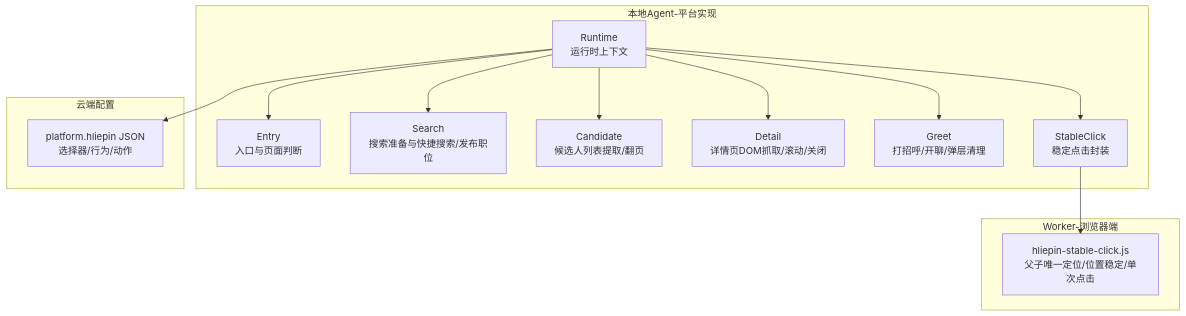
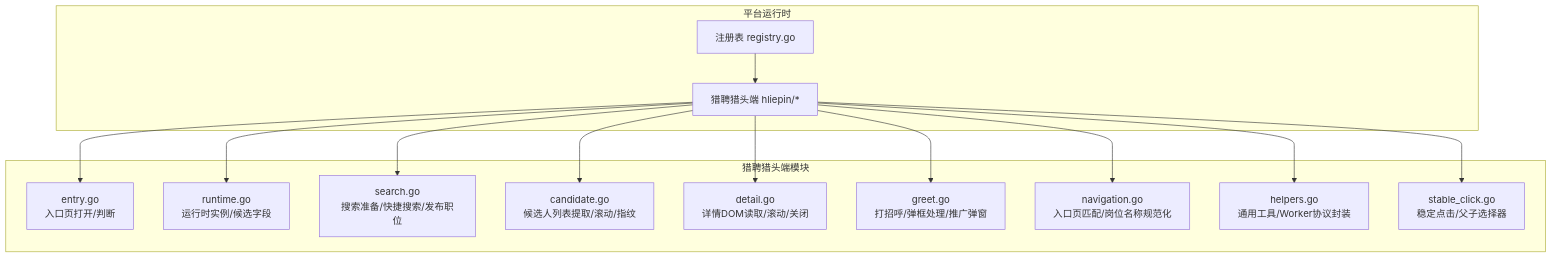
Before and after one commit to alvinwangzi/goodhr: the first of 9 diagrams in .qoder/repowiki/zh/content/本地执行器/平台适配器/猎聘适配器/猎聘适配器.md, drawn with Mermaid. The commit also changed other lines of this file and 149 other files, not shown here.

````diff
--- a/.qoder/repowiki/zh/content/本地执行器/平台适配器/猎聘适配器/猎聘适配器.md
+++ b/.qoder/repowiki/zh/content/本地执行器/平台适配器/猎聘适配器/猎聘适配器.md
@@ -34,26 +35,28 @@
 ```mermaid
 graph TB
-subgraph "本地Agent-平台实现"
-R["Runtime<br/>运行时上下文"]
-E["Entry<br/>入口与页面判断"]
-S["Search<br/>搜索准备与快捷搜索/发布职位"]
-C["Candidate<br/>候选人列表提取/翻页"]
-D["Detail<br/>详情页DOM抓取/滚动/关闭"]
-G["Greet<br/>打招呼/开聊/弹层清理"]
-SC["StableClick<br/>稳定点击封装"]
+subgraph "平台运行时"
+REG["注册表 registry.go"]
+HLP["猎聘猎头端 hliepin/*"]
 end
-subgraph "Worker-浏览器端"
-WSC["hliepin-stable-click.js<br/>父子唯一定位/位置稳定/单次点击"]
+subgraph "猎聘猎头端模块"
+E["entry.go<br/>入口页打开/判断"]
+R["runtime.go<br/>运行时实例/候选字段"]
+S["search.go<br/>搜索准备/快捷搜索/发布职位"]
+C["candidate.go<br/>候选人列表提取/滚动/指纹"]
+D["detail.go<br/>详情DOM读取/滚动/关闭"]
+G["greet.go<br/>打招呼/弹框处理/推广弹窗"]
+N["navigation.go<br/>入口页匹配/岗位名称规范化"]
+H["helpers.go<br/>通用工具/Worker协议封装"]
+SC["stable_click.go<br/>稳定点击/父子选择器"]
 end
-subgraph "云端配置"
-CFG["platform.hliepin JSON<br/>选择器/行为/动作"]
-end
-R --> E
-R --> S
-R --> C
-R --> D
-R --> G
-R --> SC
-SC --> WSC
-R --> CFG
+REG --> HLP
+HLP --> E
+HLP --> R
+HLP --> S
+HLP --> C
+HLP --> D
+HLP --> G
+HLP --> N
+HLP --> H
+HLP --> SC
 ```
````
